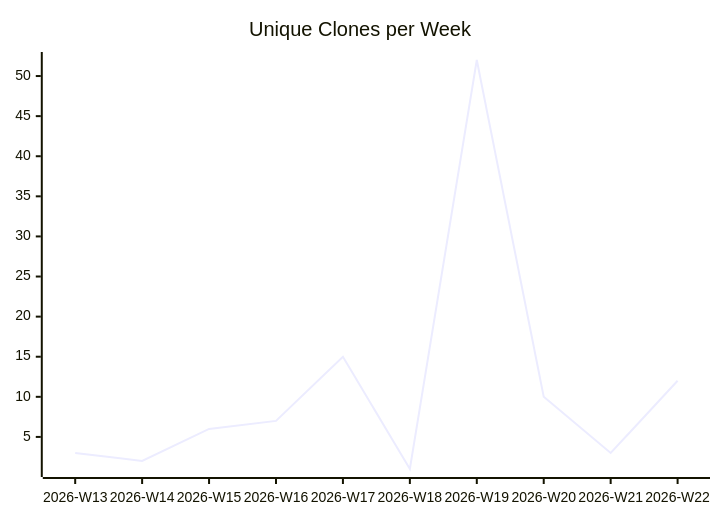
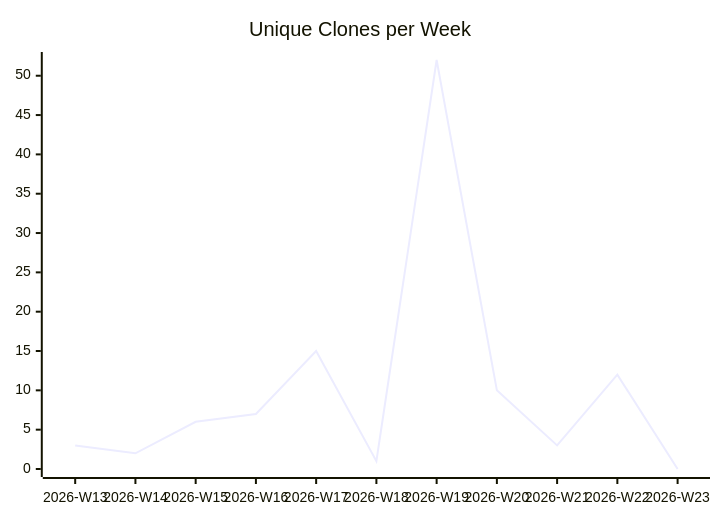
One commit to justdavis-family/github-analytics-data changed the third of 3 diagrams in karlmdavis/justdavis-ansible/README.md. Above: the diagram before and after it, drawn with Mermaid. The commit also changed other lines of this file and 186 other files, not shown here.

````diff
--- a/karlmdavis/justdavis-ansible/README.md
+++ b/karlmdavis/justdavis-ansible/README.md
@@ -19,6 +19,6 @@
 ```mermaid
 xychart-beta
   title "Unique Clones per Week"
-  x-axis ["2026-W13", "2026-W14", "2026-W15", "2026-W16", "2026-W17", "2026-W18", "2026-W19", "2026-W20", "2026-W21", "2026-W22"]
-  line [3, 2, 6, 7, 15, 1, 52, 10, 3, 12]
+  x-axis ["2026-W13", "2026-W14", "2026-W15", "2026-W16", "2026-W17", "2026-W18", "2026-W19", "2026-W20", "2026-W21", "2026-W22", "2026-W23"]
+  line [3, 2, 6, 7, 15, 1, 52, 10, 3, 12, 0]
 ```
````
